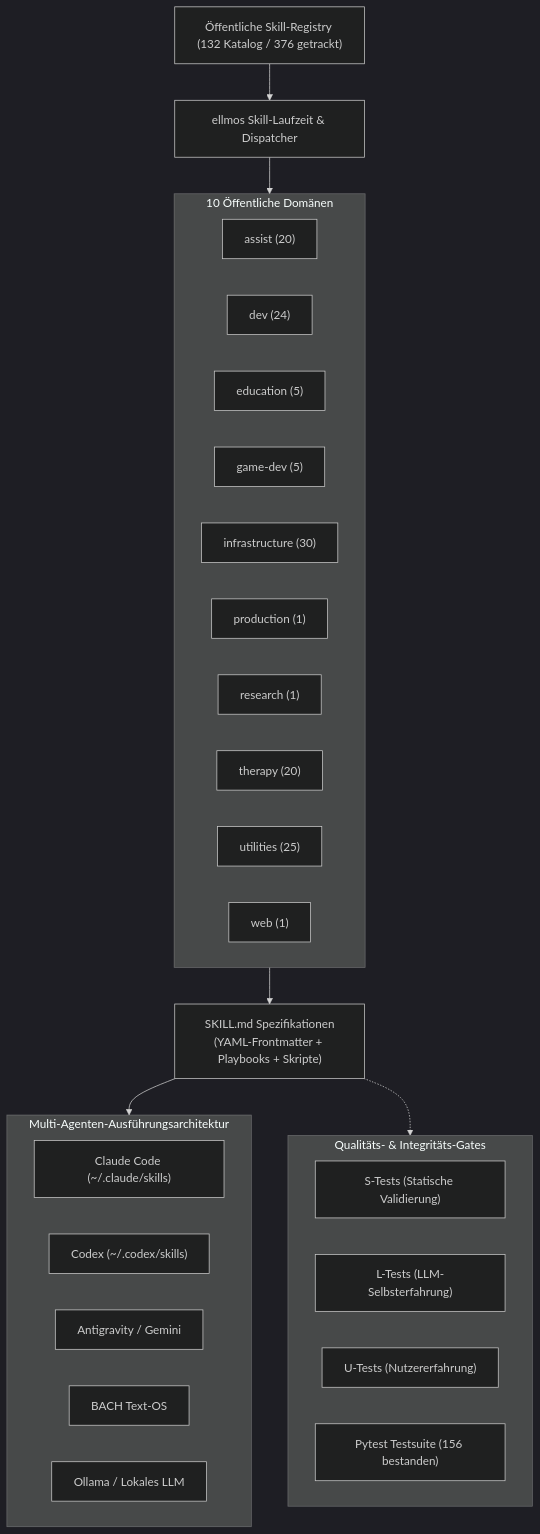
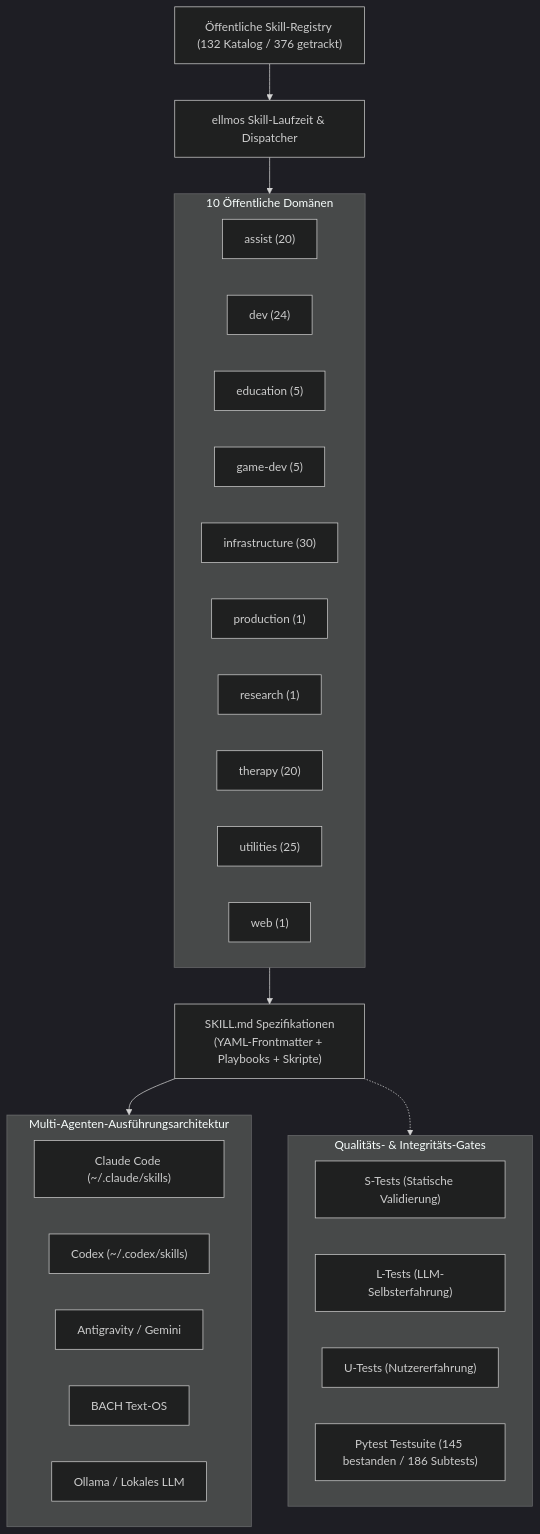
One commit to ellmos-ai/skills changed the first of 2 diagrams in README_de.md. Above: the diagram before and after it, drawn with Mermaid (dark theme). The commit also changed other lines of this file and 15 other files, not shown here.

````diff
--- a/README_de.md
+++ b/README_de.md
@@ -45,39 +45,39 @@
 ```mermaid
 flowchart TD
     Registry["Öffentliche Skill-Registry (132 Katalog / 376 getrackt)"] --> Engine["ellmos Skill-Laufzeit & Dispatcher"]
     
     subgraph Catalog ["10 Öffentliche Domänen"]
         Assist["assist (20)"]
         Dev["dev (24)"]
         Edu["education (5)"]
         Game["game-dev (5)"]
         Infra["infrastructure (30)"]
         Prod["production (1)"]
         Res["research (1)"]
         Therapy["therapy (20)"]
         Utils["utilities (25)"]
         Web["web (1)"]
     end
     
     Engine --> Catalog
     Catalog --> Artifacts["SKILL.md Spezifikationen\n(YAML-Frontmatter + Playbooks + Skripte)"]
     
     subgraph MultiAgentRuntimes ["Multi-Agenten-Ausführungsarchitektur"]
         ClaudeCode["Claude Code (~/.claude/skills)"]
         Codex["Codex (~/.codex/skills)"]
         AGY["Antigravity / Gemini"]
         BACH["BACH Text-OS"]
         LocalOllama["Ollama / Lokales LLM"]
     end
     
     Artifacts --> MultiAgentRuntimes
     
     subgraph QualityGates ["Qualitäts- & Integritäts-Gates"]
         STests["S-Tests (Statische Validierung)"]
         LTests["L-Tests (LLM-Selbsterfahrung)"]
         UTests["U-Tests (Nutzererfahrung)"]
-        PytestSuite["Pytest Testsuite (156 bestanden)"]
+        PytestSuite["Pytest Testsuite (145 bestanden / 186 Subtests)"]
     end
     
     Artifacts -.-> QualityGates
 ```
````
